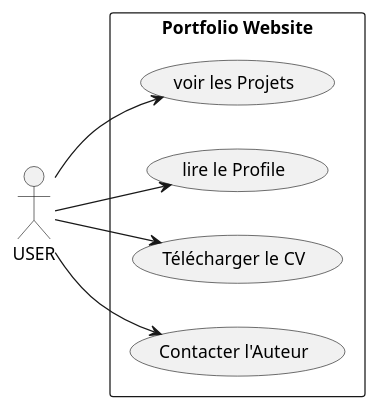
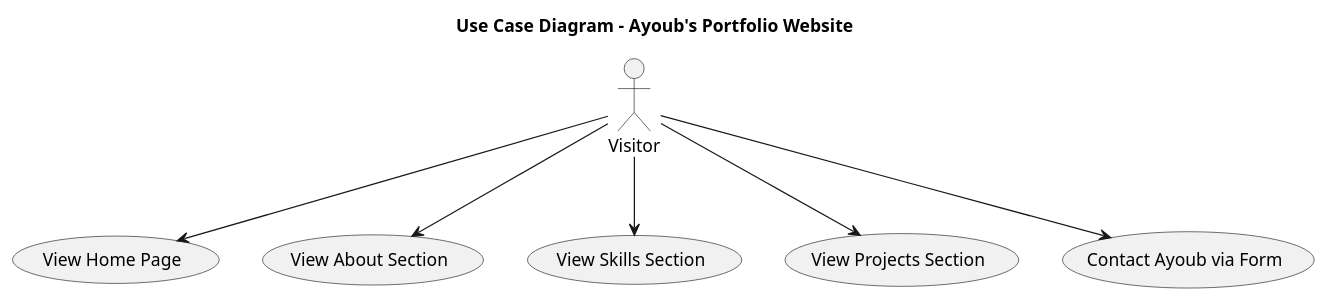
The diagram in diagrammed.puml (ayoub21dev/Portfolio), drawn with PlantUML before and after one commit.

Commit message:
update(diagram)

```diff
--- a/diagrammed.puml
+++ b/diagrammed.puml
@@ -1,16 +1,16 @@
 @startuml
-left to right direction
-actor "USER" as User
+title Use Case Diagram - Ayoub's Portfolio Website
+actor "Visitor" as V
 
-rectangle "Portfolio Website" {
-    usecase "voir les Projets" as UC1
-    usecase "lire le Profile" as UC2
-    usecase "Télécharger le CV" as UC3
-    usecase "Contacter l'Auteur" as UC4
-}
+usecase "View Home Page" as UC1
+usecase "View About Section" as UC2
+usecase "View Skills Section" as UC3
+usecase "View Projects Section" as UC4
+usecase "Contact Ayoub via Form" as UC5
 
-User --> UC1
-User --> UC2
-User --> UC3
-User --> UC4
+V --> UC1
+V --> UC2
+V --> UC3
+V --> UC4
+V --> UC5
 @enduml
```
